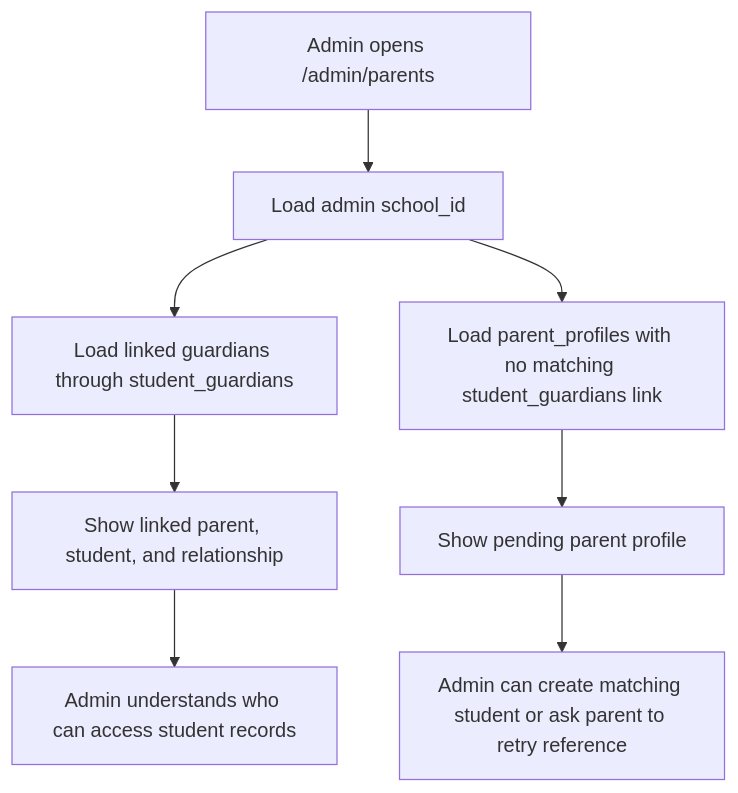
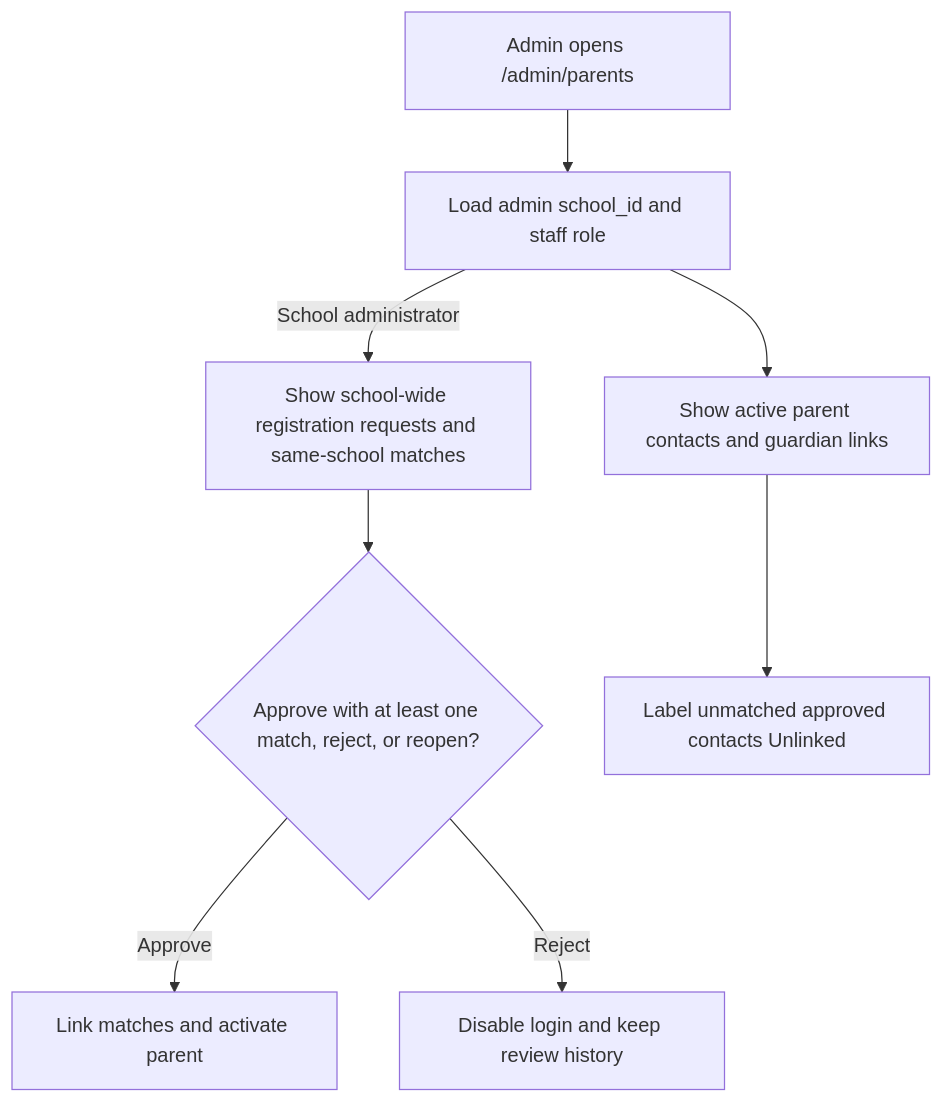
The tenth of 23 diagrams in docs/PROJECT_FLOWCHARTS.md (Xeyn19/xmetapay), drawn with Mermaid before and after one commit. The commit also changed other lines of this file and 29 other files, not shown here.

Commit message:
feat(parent): require school approval for parent registration

````diff
--- a/docs/PROJECT_FLOWCHARTS.md
+++ b/docs/PROJECT_FLOWCHARTS.md
@@ -377,10 +378,10 @@
 ```mermaid
 flowchart TD
-  A["Admin opens /admin/parents"] --> B["Load admin school_id"]
-  B --> C["Load linked guardians through student_guardians"]
-  B --> D["Load parent_profiles with no matching student_guardians link"]
-  C --> E["Show linked parent, student, and relationship"]
-  D --> F["Show pending parent profile"]
-  E --> G["Admin understands who can access student records"]
-  F --> H["Admin can create matching student or ask parent to retry reference"]
+  A["Admin opens /admin/parents"] --> B["Load admin school_id and staff role"]
+  B -->|School administrator| C["Show school-wide registration requests and same-school matches"]
+  C --> D{"Approve with at least one match, reject, or reopen?"}
+  D -->|Approve| E["Link matches and activate parent"]
+  D -->|Reject| F["Disable login and keep review history"]
+  B --> G["Show active parent contacts and guardian links"]
+  G --> H["Label unmatched approved contacts Unlinked"]
 ```
````
